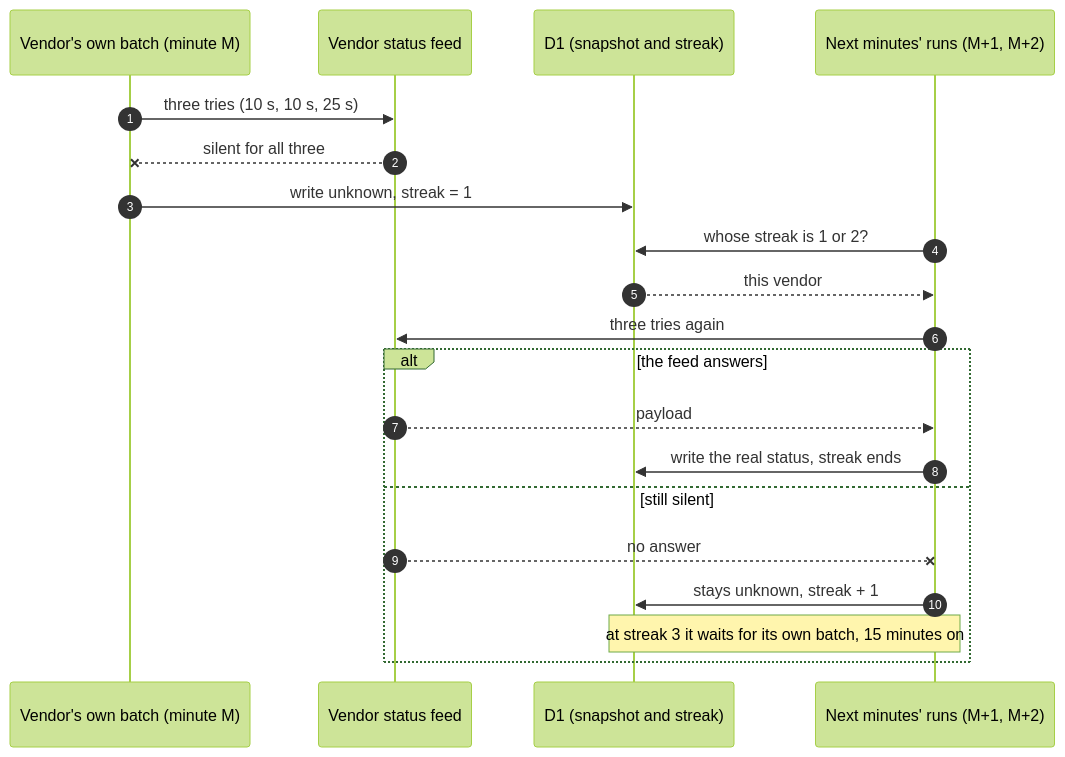
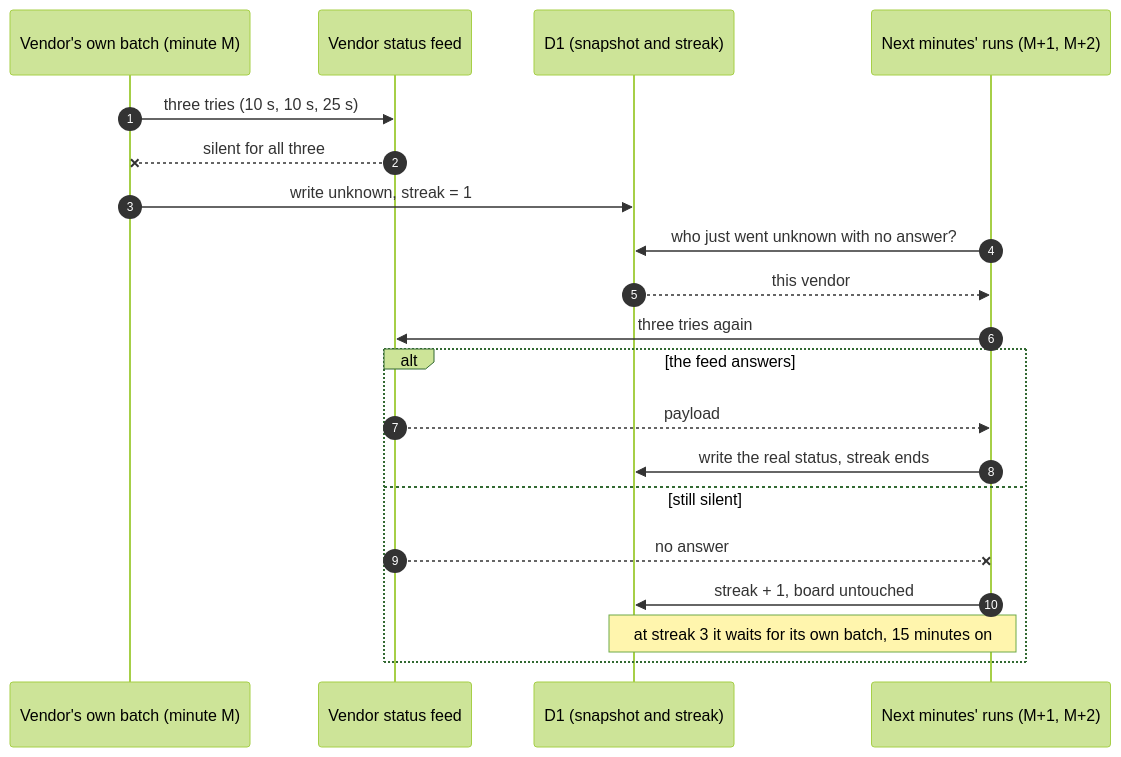
Before and after one commit to bjgreenberg/vendor-dashboard: the third of 4 diagrams in README.md, drawn with Mermaid (forest theme). The commit also changed other lines of this file and 6 other files, not shown here.

````diff
--- a/README.md
+++ b/README.md
@@ -186,23 +192,23 @@
 ```mermaid
 sequenceDiagram
     autonumber
     participant B as Vendor's own batch (minute M)
     participant V as Vendor status feed
     participant D as D1 (snapshot and streak)
     participant N as Next minutes' runs (M+1, M+2)
 
     B->>V: three tries (10 s, 10 s, 25 s)
     V--xB: silent for all three
     B->>D: write unknown, streak = 1
-    N->>D: whose streak is 1 or 2?
+    N->>D: who just went unknown with no answer?
     D-->>N: this vendor
     N->>V: three tries again
     alt the feed answers
         V-->>N: payload
         N->>D: write the real status, streak ends
     else still silent
         V--xN: no answer
-        N->>D: stays unknown, streak + 1
+        N->>D: streak + 1, board untouched
         Note over N,D: at streak 3 it waits for its own batch, 15 minutes on
     end
 ```
````
